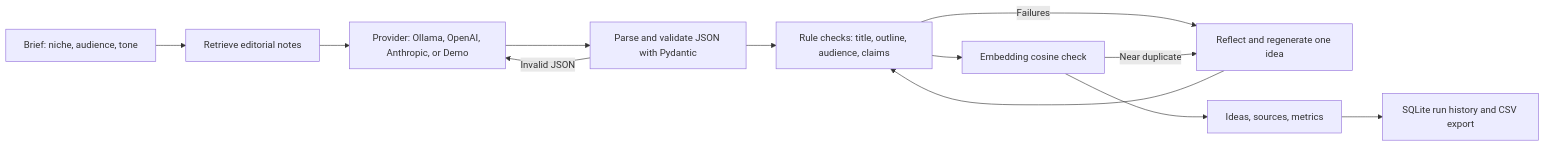
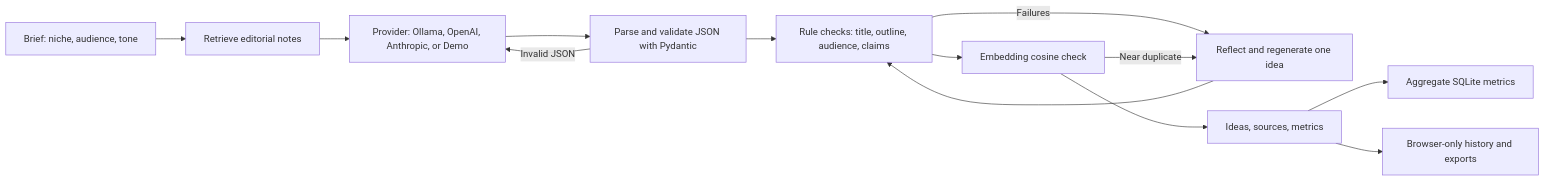
Before and after one commit to snehamanjunatharaju/blog-idea-generator: the diagram in README.md, drawn with Mermaid. The commit also changed other lines of this file and 9 other files, not shown here.

````diff
--- a/README.md
+++ b/README.md
@@ -25,14 +25,15 @@
 ```mermaid
 flowchart LR
     A[Brief: niche, audience, tone] --> B[Retrieve editorial notes]
     B --> C[Provider: Ollama, OpenAI, Anthropic, or Demo]
     C --> D[Parse and validate JSON with Pydantic]
     D -->|Invalid JSON| C
     D --> E[Rule checks: title, outline, audience, claims]
     E -->|Failures| F[Reflect and regenerate one idea]
     F --> E
     E --> G[Embedding cosine check]
     G -->|Near duplicate| F
     G --> H[Ideas, sources, metrics]
-    H --> I[SQLite run history and CSV export]
+    H --> I[Aggregate SQLite metrics]
+    H --> J[Browser-only history and exports]
 ```
````
